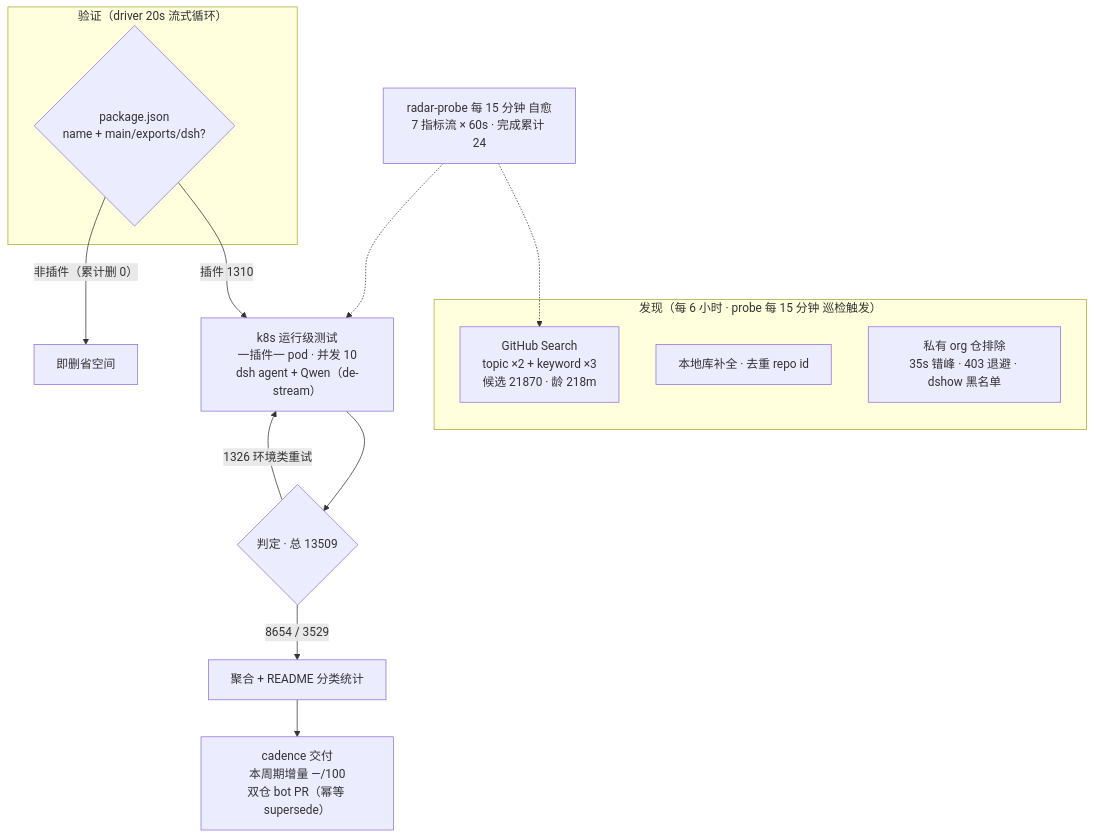
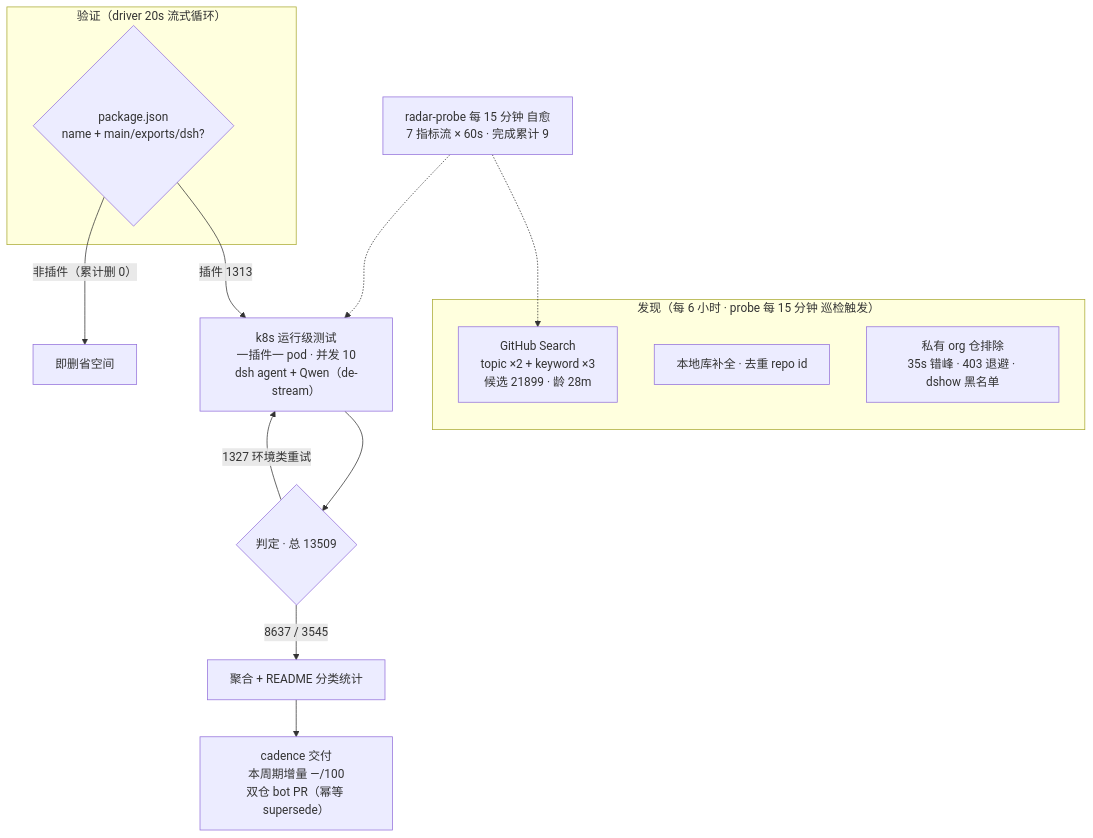
Before and after one commit to 1420079678-ctrl/dsh-plugin-radar: the diagram in README.md, drawn with Mermaid. The commit also changed other lines of this file and 14 other files, not shown here.

````diff
--- a/README.md
+++ b/README.md
@@ -51,20 +51,20 @@
 ```mermaid
 flowchart TB
     subgraph Discovery["发现（每 6 小时 · probe 每 15 分钟 巡检触发）"]
-        A1["GitHub Search<br/>topic ×2 + keyword ×3<br/>候选 21870 · 龄 218m"]
+        A1["GitHub Search<br/>topic ×2 + keyword ×3<br/>候选 21899 · 龄 28m"]
         A2["本地库补全 · 去重 repo id"]
         A3["私有 org 仓排除<br/>35s 错峰 · 403 退避 · dshow 黑名单"]
     end
     subgraph Validation["验证（driver 20s 流式循环）"]
         B1{"package.json<br/>name + main/exports/dsh?"}
     end
-    B1 -->|"插件 1310"| C1["k8s 运行级测试<br/>一插件一 pod · 并发 10<br/>dsh agent + Qwen（de-stream）"]
+    B1 -->|"插件 1313"| C1["k8s 运行级测试<br/>一插件一 pod · 并发 10<br/>dsh agent + Qwen（de-stream）"]
     B1 -->|"非插件（累计删 0）"| B3["即删省空间"]
     C1 --> D1{"判定 · 总 13509"}
-    D1 -->|"8654 / 3529"| E1["聚合 + README 分类统计"]
-    D1 -->|"1326 环境类重试"| C1
+    D1 -->|"8637 / 3545"| E1["聚合 + README 分类统计"]
+    D1 -->|"1327 环境类重试"| C1
     E1 --> E2["cadence 交付<br/>本周期增量 —/100<br/>双仓 bot PR（幂等 supersede）"]
-    M["radar-probe 每 15 分钟 自愈<br/>7 指标流 × 60s · 完成累计 24"]
+    M["radar-probe 每 15 分钟 自愈<br/>7 指标流 × 60s · 完成累计 9"]
     M -.-> A1
     M -.-> C1
 ```
````
